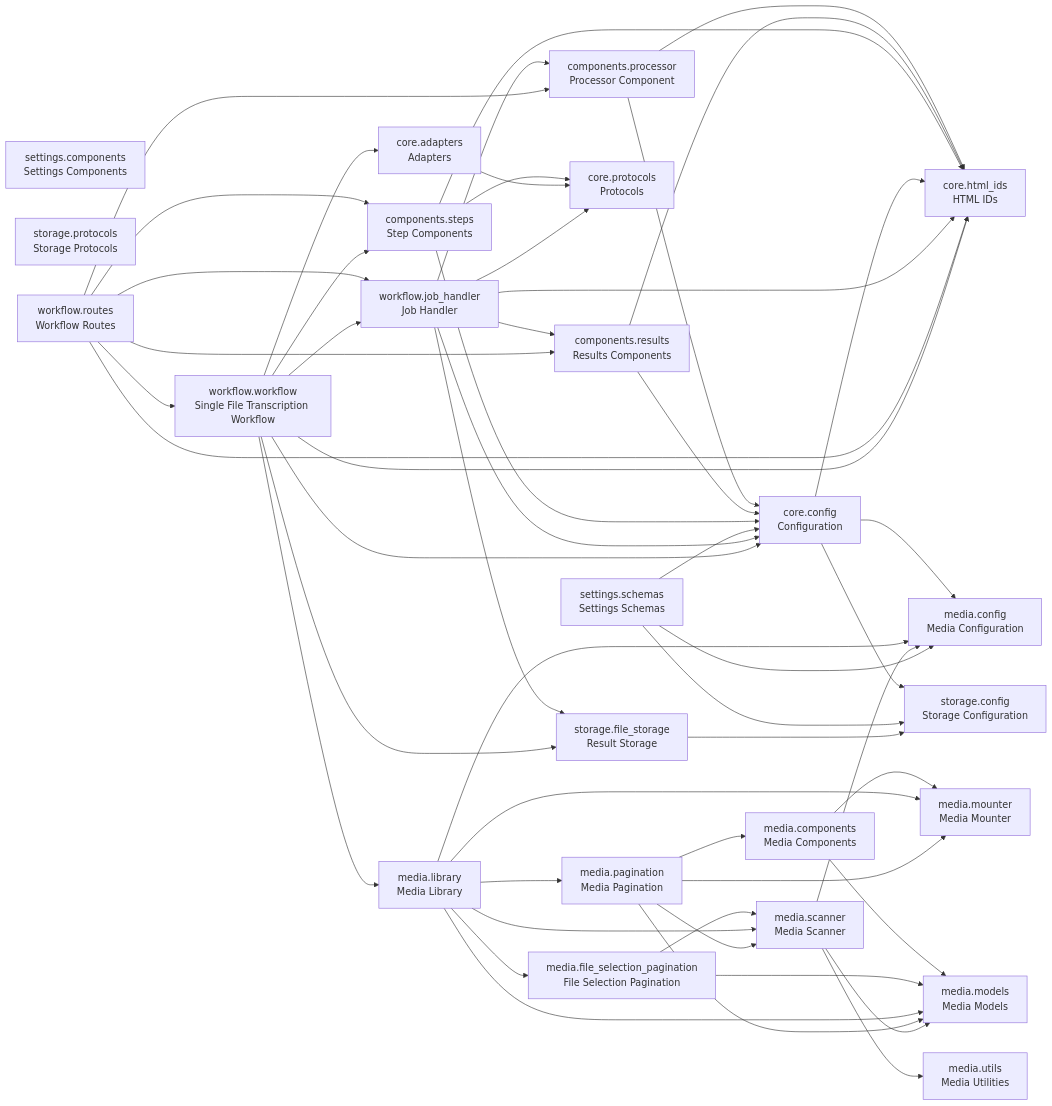
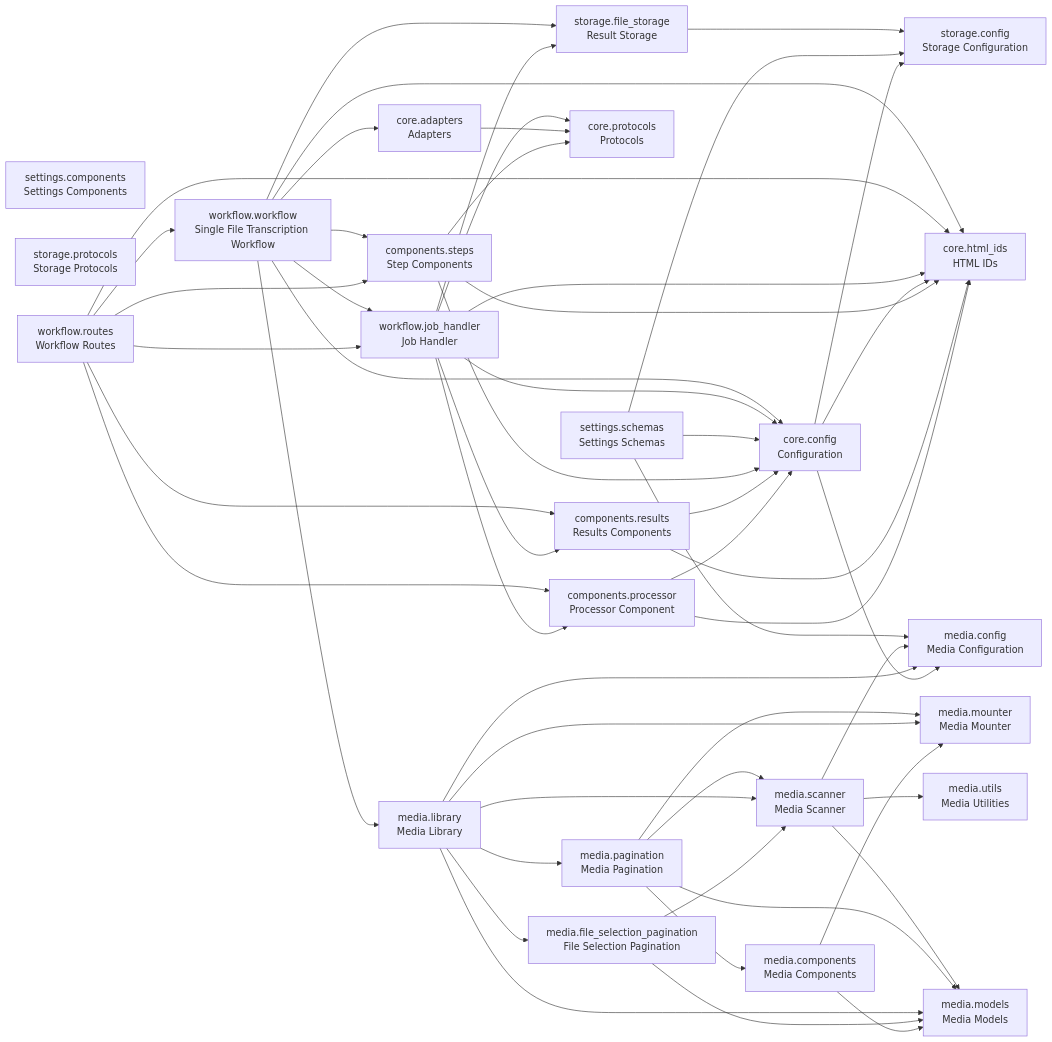
One commit to cj-mills/cjm-fasthtml-workflow-transcription-single-file changed the diagram in README.md. Above: the diagram before and after it, drawn with Mermaid. The commit also changed other lines of this file and 3 other files, not shown here.

````diff
--- a/README.md
+++ b/README.md
@@ -50,79 +50,79 @@
 ``` mermaid
 graph LR
     components_processor[components.processor<br/>Processor Component]
     components_results[components.results<br/>Results Components]
     components_steps[components.steps<br/>Step Components]
     core_adapters[core.adapters<br/>Adapters]
     core_config[core.config<br/>Configuration]
     core_html_ids[core.html_ids<br/>HTML IDs]
     core_protocols[core.protocols<br/>Protocols]
     media_components[media.components<br/>Media Components]
     media_config[media.config<br/>Media Configuration]
     media_file_selection_pagination[media.file_selection_pagination<br/>File Selection Pagination]
     media_library[media.library<br/>Media Library]
     media_models[media.models<br/>Media Models]
     media_mounter[media.mounter<br/>Media Mounter]
     media_pagination[media.pagination<br/>Media Pagination]
     media_scanner[media.scanner<br/>Media Scanner]
     media_utils[media.utils<br/>Media Utilities]
     settings_components[settings.components<br/>Settings Components]
     settings_schemas[settings.schemas<br/>Settings Schemas]
     storage_config[storage.config<br/>Storage Configuration]
     storage_file_storage[storage.file_storage<br/>Result Storage]
     storage_protocols[storage.protocols<br/>Storage Protocols]
     workflow_job_handler[workflow.job_handler<br/>Job Handler]
     workflow_routes[workflow.routes<br/>Workflow Routes]
     workflow_workflow[workflow.workflow<br/>Single File Transcription Workflow]
 
+    components_processor --> core_config
     components_processor --> core_html_ids
-    components_processor --> core_config
+    components_results --> core_config
     components_results --> core_html_ids
-    components_results --> core_config
+    components_steps --> core_config
+    components_steps --> core_protocols
     components_steps --> core_html_ids
-    components_steps --> core_protocols
-    components_steps --> core_config
     core_adapters --> core_protocols
+    core_config --> storage_config
     core_config --> media_config
-    core_config --> storage_config
     core_config --> core_html_ids
+    media_components --> media_mounter
     media_components --> media_models
-    media_components --> media_mounter
+    media_file_selection_pagination --> media_scanner
     media_file_selection_pagination --> media_models
-    media_file_selection_pagination --> media_scanner
+    media_library --> media_pagination
+    media_library --> media_scanner
+    media_library --> media_models
+    media_library --> media_config
     media_library --> media_mounter
-    media_library --> media_models
     media_library --> media_file_selection_pagination
-    media_library --> media_pagination
-    media_library --> media_config
-    media_library --> media_scanner
-    media_pagination --> media_models
     media_pagination --> media_scanner
     media_pagination --> media_components
+    media_pagination --> media_models
     media_pagination --> media_mounter
+    media_scanner --> media_utils
     media_scanner --> media_models
     media_scanner --> media_config
-    media_scanner --> media_utils
-    settings_schemas --> media_config
     settings_schemas --> storage_config
     settings_schemas --> core_config
+    settings_schemas --> media_config
     storage_file_storage --> storage_config
+    workflow_job_handler --> components_results
+    workflow_job_handler --> core_config
+    workflow_job_handler --> storage_file_storage
+    workflow_job_handler --> components_processor
     workflow_job_handler --> core_protocols
-    workflow_job_handler --> components_processor
-    workflow_job_handler --> storage_file_storage
-    workflow_job_handler --> core_config
-    workflow_job_handler --> components_results
     workflow_job_handler --> core_html_ids
+    workflow_routes --> workflow_job_handler
+    workflow_routes --> components_results
     workflow_routes --> components_processor
-    workflow_routes --> workflow_job_handler
+    workflow_routes --> workflow_workflow
+    workflow_routes --> core_html_ids
     workflow_routes --> components_steps
-    workflow_routes --> workflow_workflow
-    workflow_routes --> components_results
-    workflow_routes --> core_html_ids
+    workflow_workflow --> core_config
+    workflow_workflow --> core_adapters
+    workflow_workflow --> components_steps
     workflow_workflow --> workflow_job_handler
+    workflow_workflow --> core_html_ids
     workflow_workflow --> media_library
-    workflow_workflow --> components_steps
-    workflow_workflow --> core_html_ids
-    workflow_workflow --> core_adapters
     workflow_workflow --> storage_file_storage
-    workflow_workflow --> core_config
 ```
````
